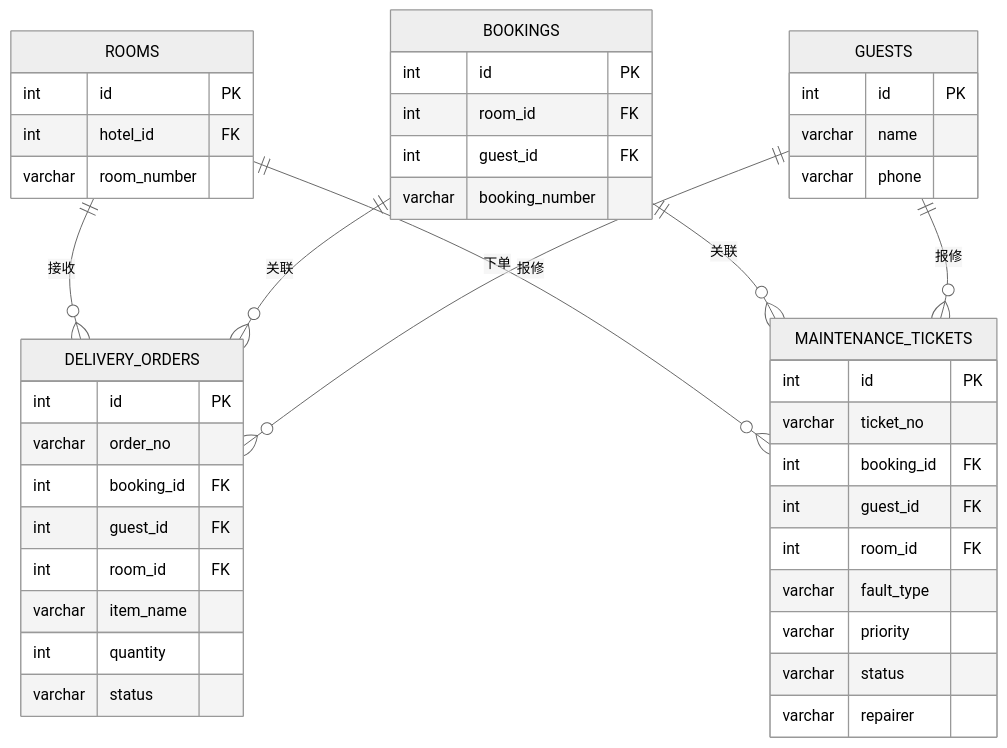
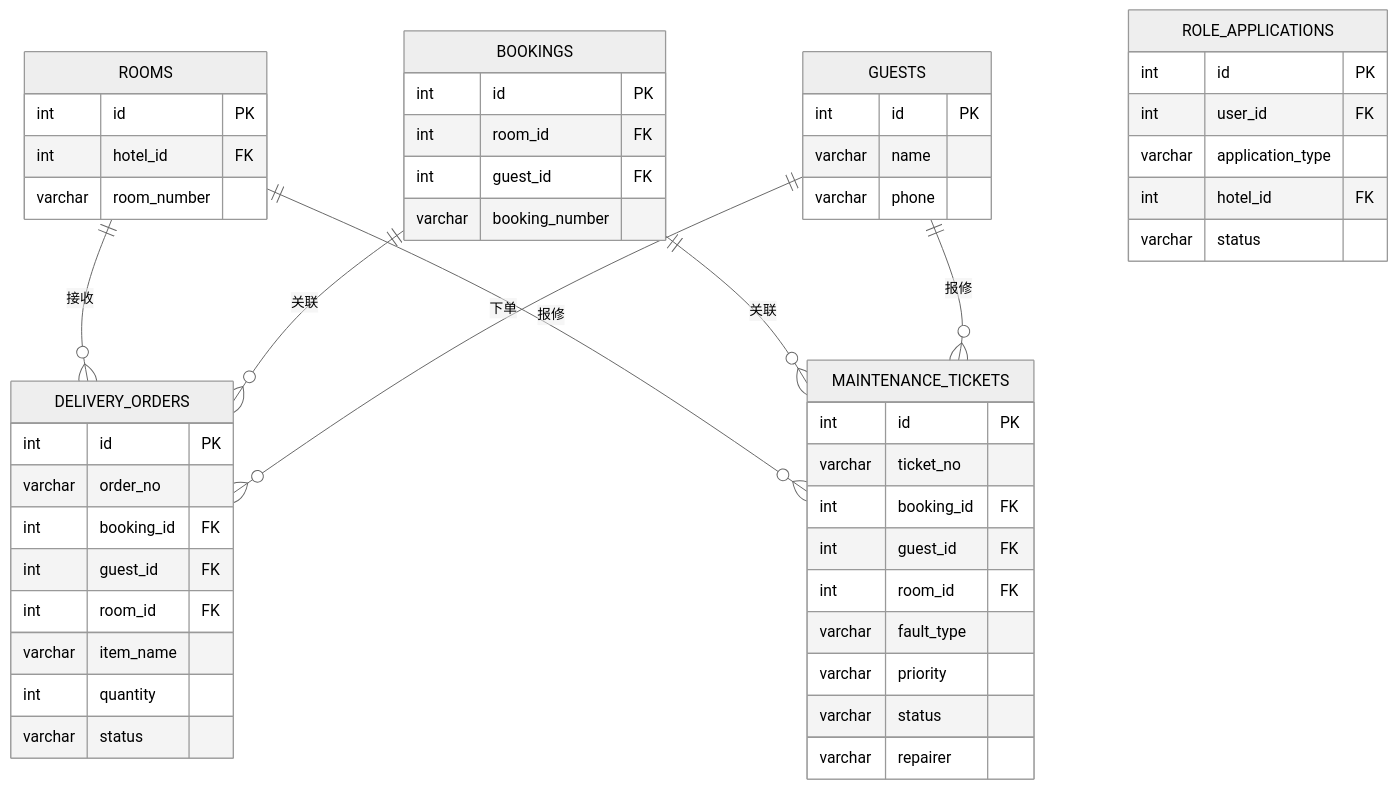
The tenth of 19 diagrams in docs/database_er_diagram.md (choisaaaaa/IoT_Smart_Hotel_System), drawn with Mermaid (neutral theme) before and after one commit. The commit also changed other lines of this file, not shown here.

First line of the commit message:
docs(database): 更新数据库E-R图文档至v2.0.0版本

````diff
--- a/docs/database_er_diagram.md
+++ b/docs/database_er_diagram.md
@@ -356,46 +583,53 @@
 ```mermaid
 erDiagram
     ROOMS {
         int id PK
         int hotel_id FK
         varchar room_number
     }
     BOOKINGS {
         int id PK
         int room_id FK
         int guest_id FK
         varchar booking_number
     }
     GUESTS {
         int id PK
         varchar name
         varchar phone
     }
     DELIVERY_ORDERS {
         int id PK
         varchar order_no
         int booking_id FK
         int guest_id FK
         int room_id FK
         varchar item_name
         int quantity
         varchar status
     }
     MAINTENANCE_TICKETS {
         int id PK
         varchar ticket_no
         int booking_id FK
         int guest_id FK
         int room_id FK
         varchar fault_type
         varchar priority
         varchar status
         varchar repairer
     }
+    ROLE_APPLICATIONS {
+        int id PK
+        int user_id FK
+        varchar application_type
+        int hotel_id FK
+        varchar status
+    }
     ROOMS ||--o{ DELIVERY_ORDERS : "接收"
     ROOMS ||--o{ MAINTENANCE_TICKETS : "报修"
     BOOKINGS ||--o{ DELIVERY_ORDERS : "关联"
     BOOKINGS ||--o{ MAINTENANCE_TICKETS : "关联"
     GUESTS ||--o{ DELIVERY_ORDERS : "下单"
     GUESTS ||--o{ MAINTENANCE_TICKETS : "报修"
 ```
````
